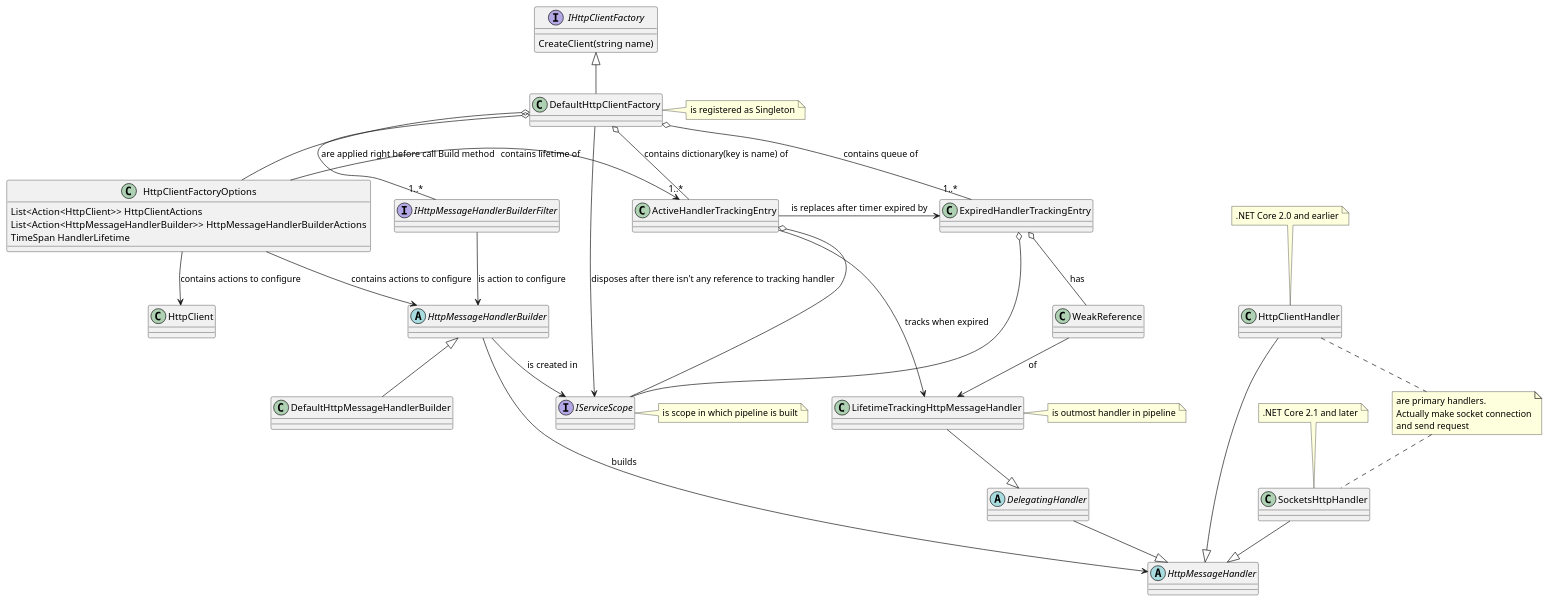
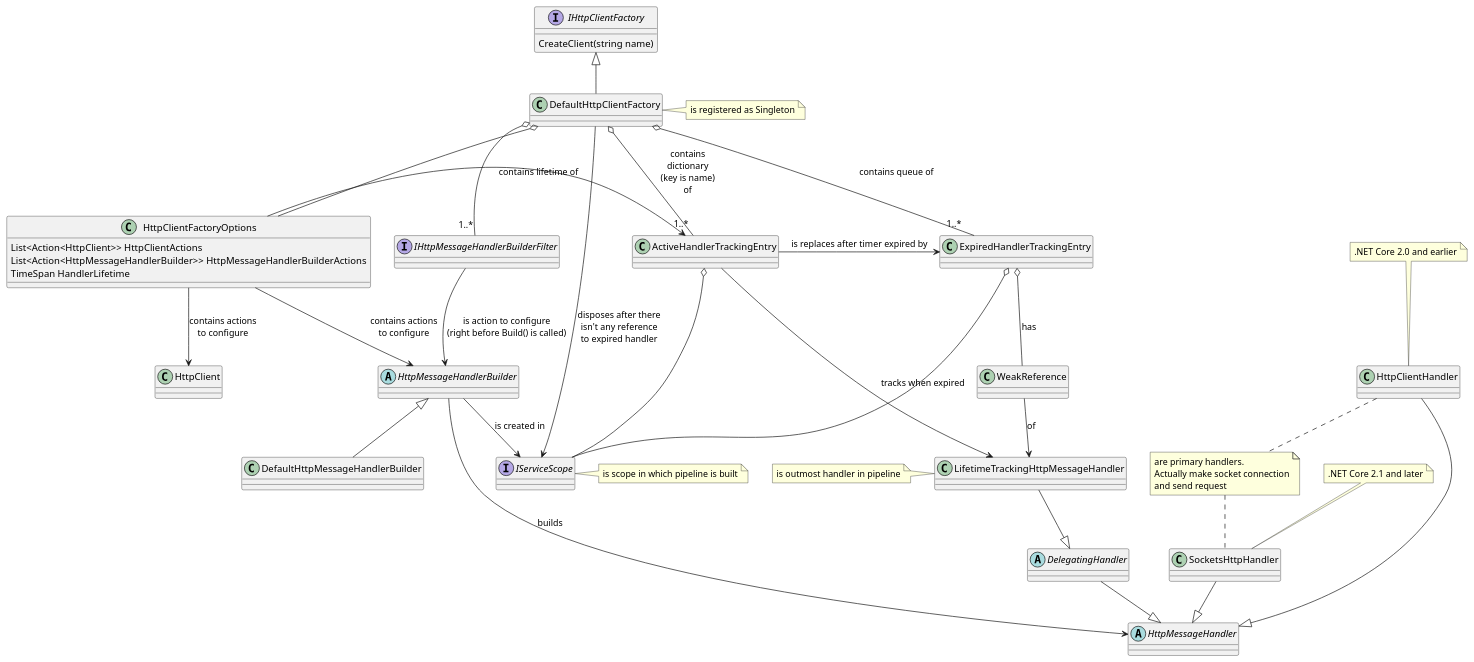
Before and after one commit to AndreiGanichev/Student-Notes: the diagram in HttpClient/HttpClient.puml, drawn with PlantUML.

Commit message:
HttpClient infrastructure. Tune diagram notes.

```diff
--- a/HttpClient/HttpClient.puml
+++ b/HttpClient/HttpClient.puml
@@ -1,72 +1,72 @@
 @startuml
 
 class HttpClient 
 interface IHttpClientFactory{
   CreateClient(string name)
 }
 class DefaultHttpClientFactory
 
 abstract HttpMessageHandler
 abstract DelegatingHandler
 class HttpClientHandler
 class SocketsHttpHandler
 class LifetimeTrackingHttpMessageHandler
 
 note top of HttpClientHandler : .NET Core 2.0 and earlier
 note top of SocketsHttpHandler : .NET Core 2.1 and later
 
 
 abstract HttpMessageHandlerBuilder
 class DefaultHttpMessageHandlerBuilder
 interface IHttpMessageHandlerBuilderFilter
 
 class ActiveHandlerTrackingEntry
 class ExpiredHandlerTrackingEntry
 class WeakReference
 
 class HttpClientFactoryOptions{
   List<Action<HttpClient>> HttpClientActions
   List<Action<HttpMessageHandlerBuilder>> HttpMessageHandlerBuilderActions
   TimeSpan HandlerLifetime
 }
 
 interface IServiceScope
 note right of IServiceScope : is scope in which pipeline is built
 
 note right of DefaultHttpClientFactory : is registered as Singleton
 
-note right of LifetimeTrackingHttpMessageHandler : is outmost handler in pipeline
+note left of LifetimeTrackingHttpMessageHandler : is outmost handler in pipeline
 note "are primary handlers.\nActually make socket connection\nand send request" as N1
 HttpClientHandler .. N1
 N1 .. SocketsHttpHandler
 
 DefaultHttpClientFactory -up-|> IHttpClientFactory
 DefaultHttpClientFactory o-- HttpClientFactoryOptions
-DefaultHttpClientFactory o-- "1..*" IHttpMessageHandlerBuilderFilter : are applied right before call Build method
-DefaultHttpClientFactory o-- "1..*" ActiveHandlerTrackingEntry : contains dictionary(key is name) of
+DefaultHttpClientFactory o-- "1..*" IHttpMessageHandlerBuilderFilter
+DefaultHttpClientFactory o-- "1..*" ActiveHandlerTrackingEntry : contains\ndictionary\n(key is name)\nof
 DefaultHttpClientFactory o-- "1..*" ExpiredHandlerTrackingEntry : contains queue of
-DefaultHttpClientFactory --> IServiceScope : disposes after there isn't any reference to tracking handler
+DefaultHttpClientFactory --> IServiceScope : disposes after there\nisn't any reference\nto expired handler
 
 ActiveHandlerTrackingEntry --> LifetimeTrackingHttpMessageHandler : tracks when expired
 ActiveHandlerTrackingEntry o-- IServiceScope
 ActiveHandlerTrackingEntry -right-> ExpiredHandlerTrackingEntry : is replaces after timer expired by
 ExpiredHandlerTrackingEntry o-- IServiceScope
 ExpiredHandlerTrackingEntry o-- WeakReference : has
 WeakReference --> LifetimeTrackingHttpMessageHandler : of
 HttpMessageHandlerBuilder --> IServiceScope : is created in
 
 DelegatingHandler --|> HttpMessageHandler
 HttpClientHandler --|> HttpMessageHandler
 SocketsHttpHandler --|> HttpMessageHandler
 LifetimeTrackingHttpMessageHandler --|> DelegatingHandler
 
 
-HttpClientFactoryOptions --> HttpClient : contains actions to configure
-HttpClientFactoryOptions --> HttpMessageHandlerBuilder : contains actions to configure
+HttpClientFactoryOptions --> HttpClient : contains actions\nto configure
+HttpClientFactoryOptions --> HttpMessageHandlerBuilder : contains actions\nto configure
 HttpClientFactoryOptions -right-> ActiveHandlerTrackingEntry : contains lifetime of
 
 DefaultHttpMessageHandlerBuilder -up-|> HttpMessageHandlerBuilder
 HttpMessageHandlerBuilder --> HttpMessageHandler : builds
-IHttpMessageHandlerBuilderFilter --> HttpMessageHandlerBuilder : is action to configure
+IHttpMessageHandlerBuilderFilter --> HttpMessageHandlerBuilder : is action to configure\n(right before Build() is called)
 
 @enduml
```
